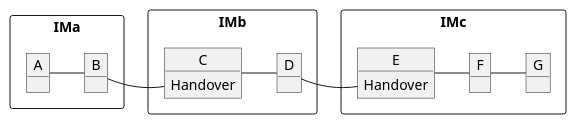
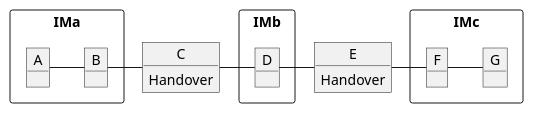
One commit to monora/tom changed the diagram in docs/uml/tom-example-a-f-infrastructure.puml. Above: the diagram before and after it, drawn with PlantUML. The commit also changed 5 other files, not shown here.

```diff
--- a/docs/uml/tom-example-a-f-infrastructure.puml
+++ b/docs/uml/tom-example-a-f-infrastructure.puml
@@ -1,22 +1,25 @@
 package IMa <<Rectangle>> {
     object A
     object B
 }
+object C
+C : Handover
+
 package IMb <<Rectangle>> {
-    object C
-    C : Handover
     object D
 }
+
+object E
+E : Handover
+
 package IMc <<Rectangle>> {
-    object E
-    E : Handover
     object F
     object G
 }
 
 A - B
 B - C
 C - D
 D - E
 E - F
 F - G
```
